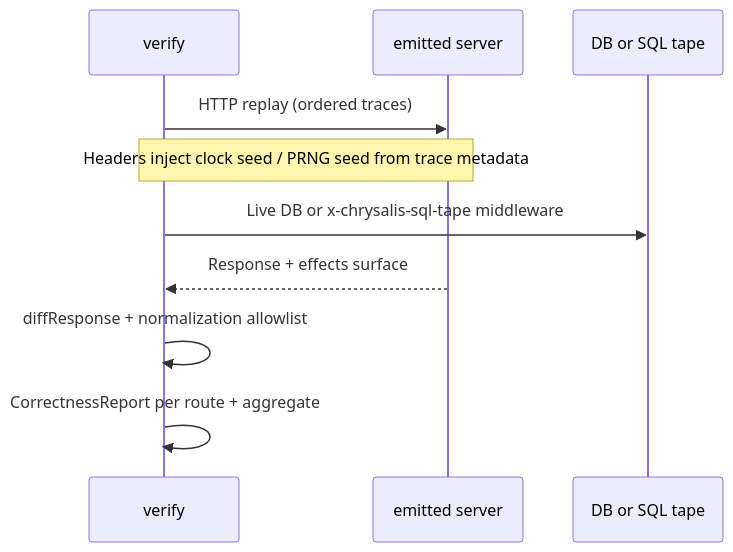
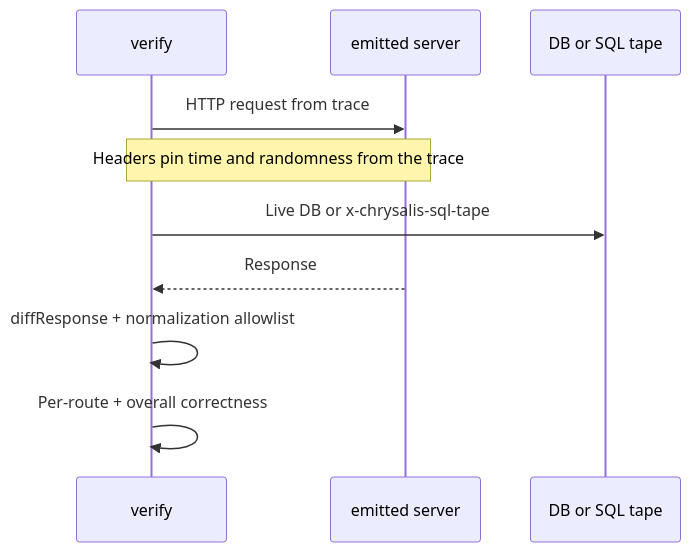
One commit to AgenticOp-io/chrysalis changed the second of 3 diagrams in agenticop-site/whitepaper.md. Above: the diagram before and after it, drawn with Mermaid. The commit also changed other lines of this file and 48 other files, not shown here.

````diff
--- a/agenticop-site/whitepaper.md
+++ b/agenticop-site/whitepaper.md
@@ -335,13 +330,12 @@
 ```mermaid
 sequenceDiagram
   participant V as verify
   participant S as emitted server
   participant DB as DB or SQL tape
-
-  V->>S: HTTP replay (ordered traces)
-  Note over V,S: Headers inject clock seed / PRNG seed from trace metadata
-  V->>DB: Live DB or x-chrysalis-sql-tape middleware
-  S-->>V: Response + effects surface
+  V->>S: HTTP request from trace
+  Note over V,S: Headers pin time and randomness from the trace
+  V->>DB: Live DB or x-chrysalis-sql-tape
+  S-->>V: Response
   V->>V: diffResponse + normalization allowlist
-  V->>V: CorrectnessReport per route + aggregate
+  V->>V: Per-route + overall correctness
 ```
````
